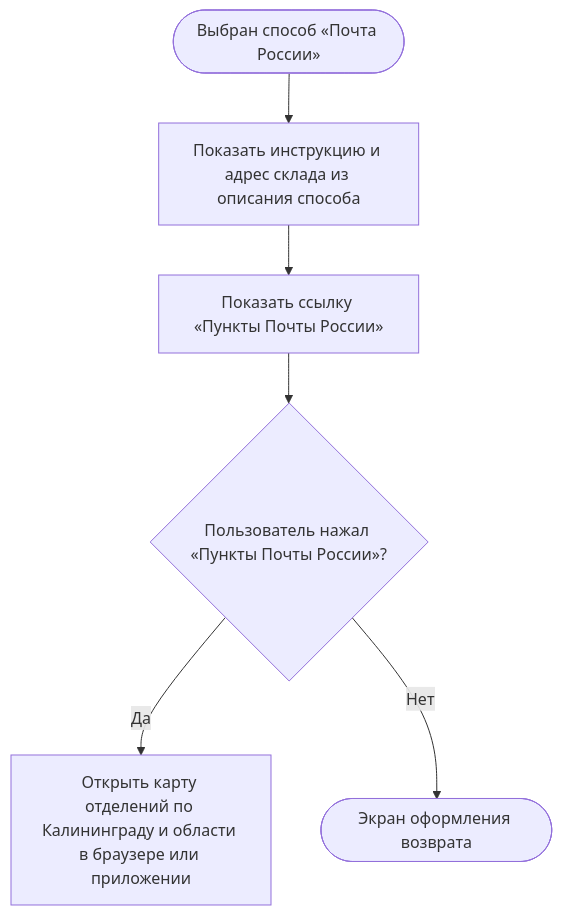
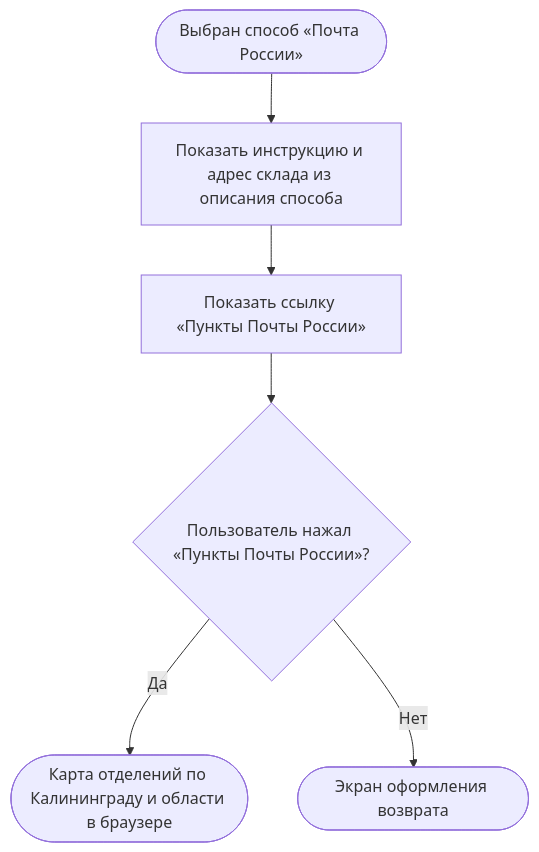
Diagram 13 of 20 in projects/returns-2.0/requirements/srs/srs-mobile-mvp.md (Terinss155/opencode-agents-analysis), drawn with Mermaid before and after one commit. The commit also changed other lines of this file and 40 other files, not shown here.

````diff
--- a/projects/returns-2.0/requirements/srs/srs-mobile-mvp.md
+++ b/projects/returns-2.0/requirements/srs/srs-mobile-mvp.md
@@ -667,8 +707,8 @@
 ```mermaid
 flowchart TD
     S([Выбран способ «Почта России»]) --> A["Показать инструкцию и адрес склада из описания способа"]
     A --> A1["Показать ссылку «Пункты Почты России»"]
     A1 --> B{"Пользователь нажал «Пункты Почты России»?"}
-    B -->|Да| B1["Открыть карту отделений по Калининграду и области в браузере или приложении"]
+    B -->|Да| B1(["Карта отделений по Калининграду и области в браузере"])
     B -->|Нет| Z([Экран оформления возврата])
 ```
````
